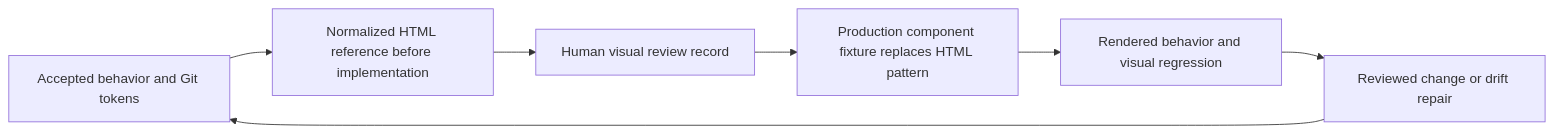
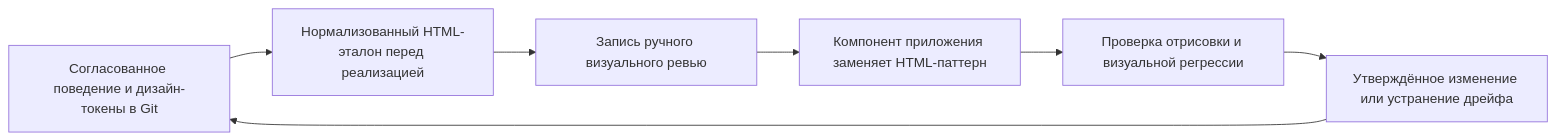
Before and after one commit to filatelist-hitech/CVortex: the diagram in docs/07-Design/Design-Handoff.md, drawn with Mermaid. The commit also changed other lines of this file and 42 other files, not shown here.

````diff
--- a/docs/07-Design/Design-Handoff.md
+++ b/docs/07-Design/Design-Handoff.md
@@ -30,9 +30,9 @@
 ```mermaid
 flowchart LR
-  D[Accepted behavior and Git tokens] --> H[Normalized HTML reference before implementation]
-  H --> R[Human visual review record]
-  R --> P[Production component fixture replaces HTML pattern]
-  P --> V[Rendered behavior and visual regression]
-  V --> C[Reviewed change or drift repair]
+  D["Согласованное поведение и дизайн-токены в Git"] --> H["Нормализованный HTML-эталон перед реализацией"]
+  H --> R["Запись ручного визуального ревью"]
+  R --> P["Компонент приложения заменяет HTML-паттерн"]
+  P --> V["Проверка отрисовки и визуальной регрессии"]
+  V --> C["Утверждённое изменение или устранение дрейфа"]
   C --> D
 ```
````
